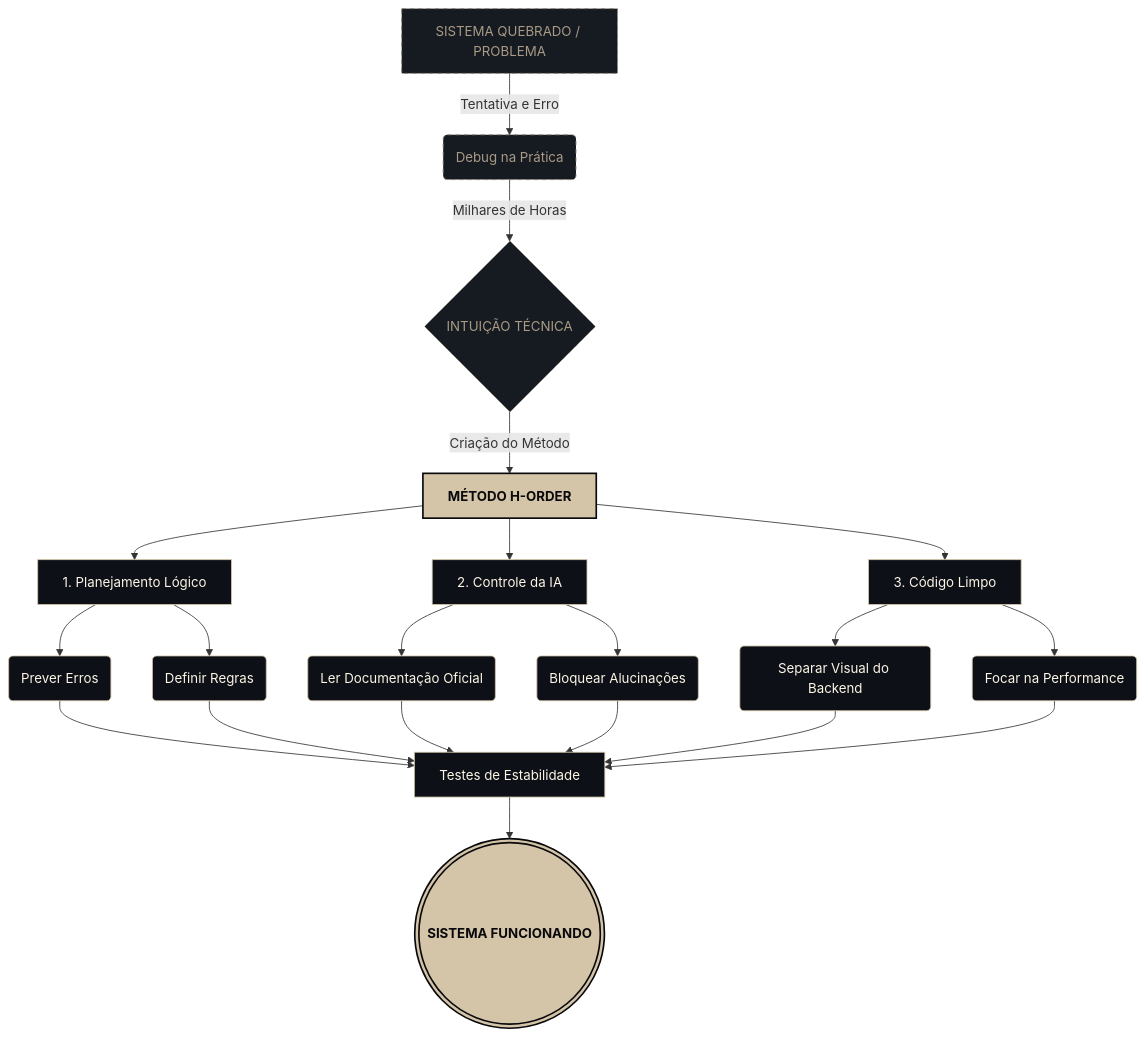
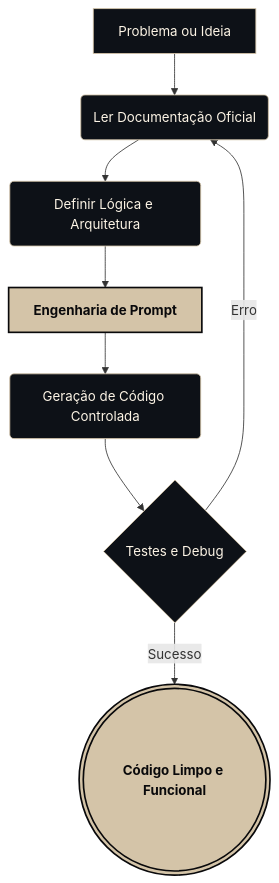
One commit to TantaoFaz/Heverton-H-Orden changed the diagram in README.md. Above: the diagram before and after it, drawn with Mermaid. The commit also changed other lines of this file, not shown here.

````diff
--- a/README.md
+++ b/README.md
@@ -74,33 +59,17 @@
 ```mermaid
 graph TD
-    A[SISTEMA QUEBRADO / PROBLEMA] -->|Tentativa e Erro| B(Debug na Prática)
-    B -->|Milhares de Horas| C{INTUIÇÃO TÉCNICA}
+    A[Problema ou Ideia] --> B(Ler Documentação Oficial)
+    B --> C(Definir Lógica e Arquitetura)
     
-    C -->|Criação do Método| D[MÉTODO H-ORDER]
+    C --> D[Engenharia de Prompt]
+    D --> E(Geração de Código Controlada)
     
-    D --> E[1. Planejamento Lógico]
-    D --> F[2. Controle da IA]
-    D --> G[3. Código Limpo]
-    
-    E --> E1(Prever Erros)
-    E --> E2(Definir Regras)
-    
-    F --> F1(Ler Documentação Oficial)
-    F --> F2(Bloquear Alucinações)
-    
-    G --> G1(Separar Visual do Backend)
-    G --> G2(Focar na Performance)
-    
-    E1 & E2 --> H[Testes de Estabilidade]
-    F1 & F2 --> H
-    G1 & G2 --> H
-    
-    H --> I(((SISTEMA FUNCIONANDO)))
+    E --> F{Testes e Debug}
+    F -->|Erro| B
+    F -->|Sucesso| G(((Código Limpo e Funcional)))
     
     classDef default fill:#0d1117,stroke:#D4C4A8,stroke-width:1px,color:#FDF5E6;
     classDef core fill:#D4C4A8,stroke:#09090b,stroke-width:2px,color:#09090b,font-weight:bold;
-    classDef origin fill:#161b22,stroke:#8B7D6B,stroke-width:1px,color:#A99A86,stroke-dasharray: 5 5;
     
-    class A,B,C origin;
-    class D,I core;
+    class D,G core;
 ```
````
